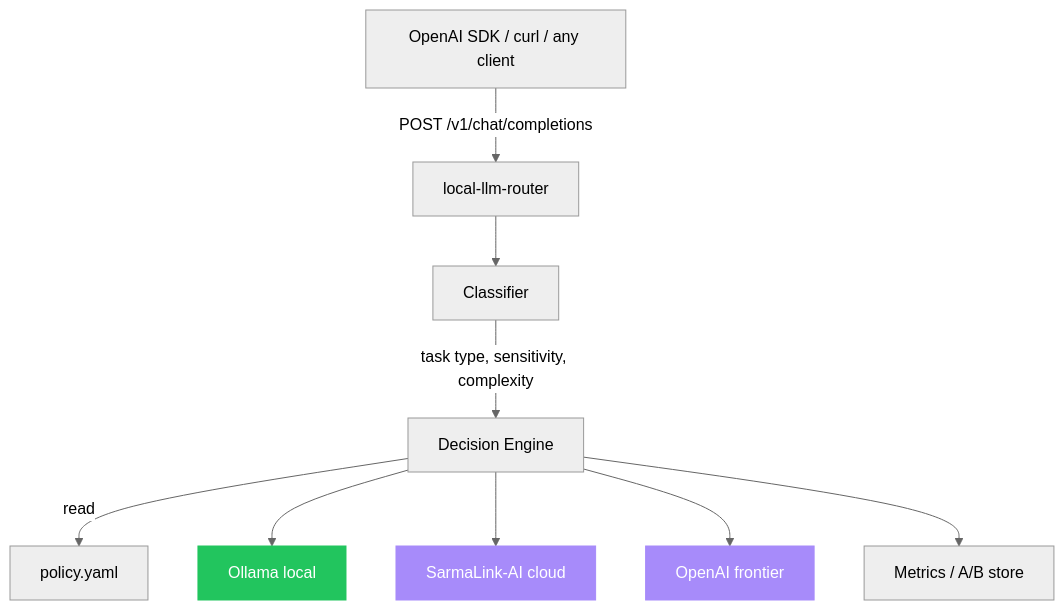
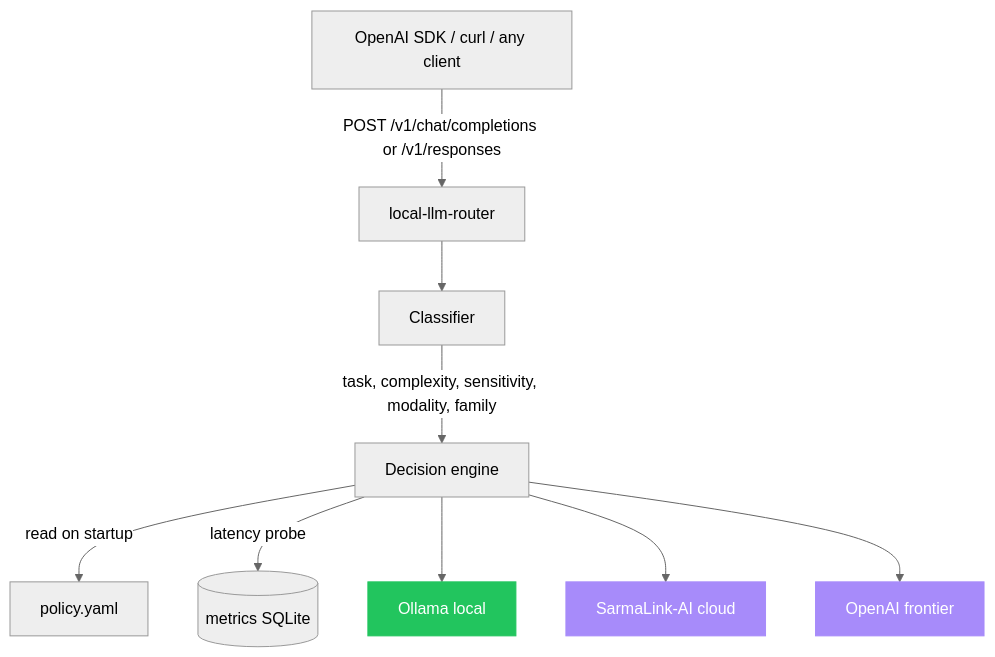
One commit to sarmakska/local-llm-router changed the diagram in README.md. Above: the diagram before and after it, drawn with Mermaid (neutral theme). The commit also changed other lines of this file and 3 other files, not shown here.

First line of the commit message:
docs: rewrite README and add CHANGELOG, ARCHITECTURE and ROADMAP for 1.1

````diff
--- a/README.md
+++ b/README.md
@@ -23,17 +19,17 @@
 ```mermaid
 graph TD
   C[OpenAI SDK / curl / any client]
-  C -->|"POST /v1/chat/completions"| R[local-llm-router]
+  C -->|"POST /v1/chat/completions or /v1/responses"| R[local-llm-router]
   R --> CL[Classifier]
-  CL -->|task type, sensitivity, complexity| D[Decision Engine]
-  D -->|read| P[policy.yaml]
+  CL -->|task, complexity, sensitivity, modality, family| D[Decision engine]
+  D -->|read on startup| P[policy.yaml]
+  D -->|latency probe| M[(metrics SQLite)]
   D --> O[Ollama local]
   D --> SL[SarmaLink-AI cloud]
   D --> OAI[OpenAI frontier]
-  D --> M[Metrics / A/B store]
 
   classDef local fill:#22c55e,stroke:#22c55e,color:#fff
   classDef cloud fill:#a78bfa,stroke:#a78bfa,color:#fff
   class O local
   class SL,OAI cloud
 ```
````
